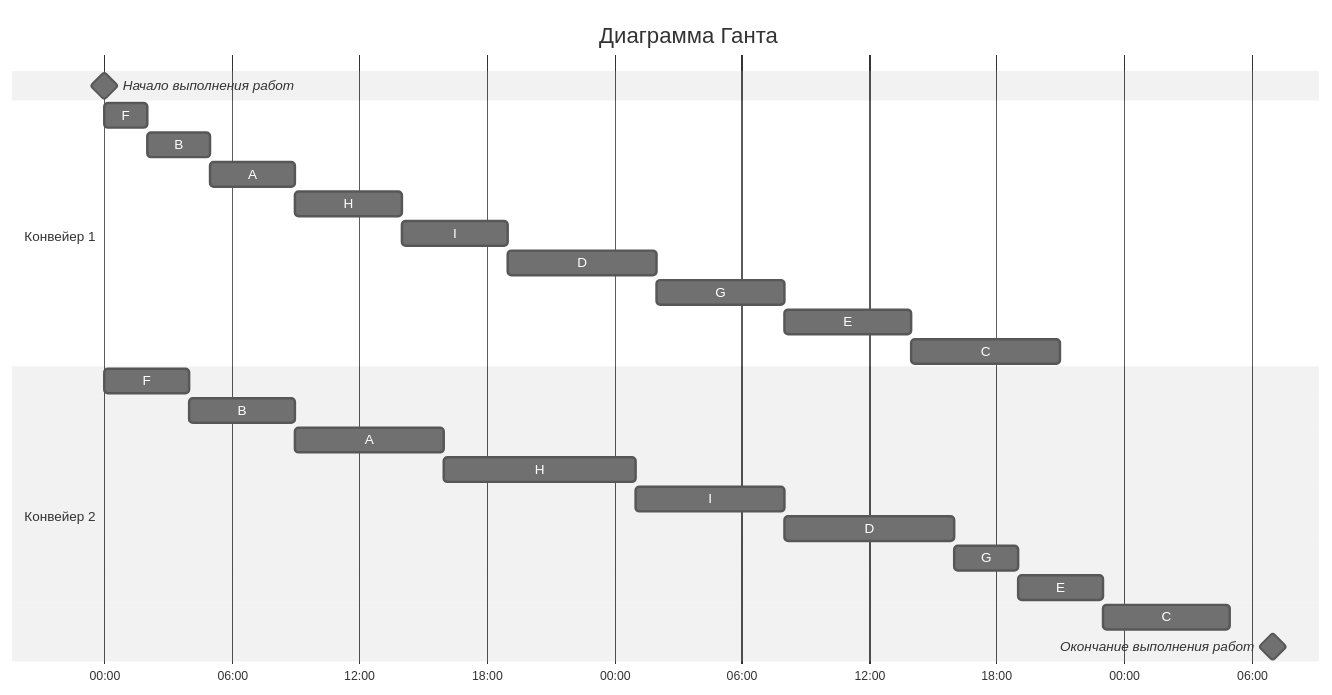
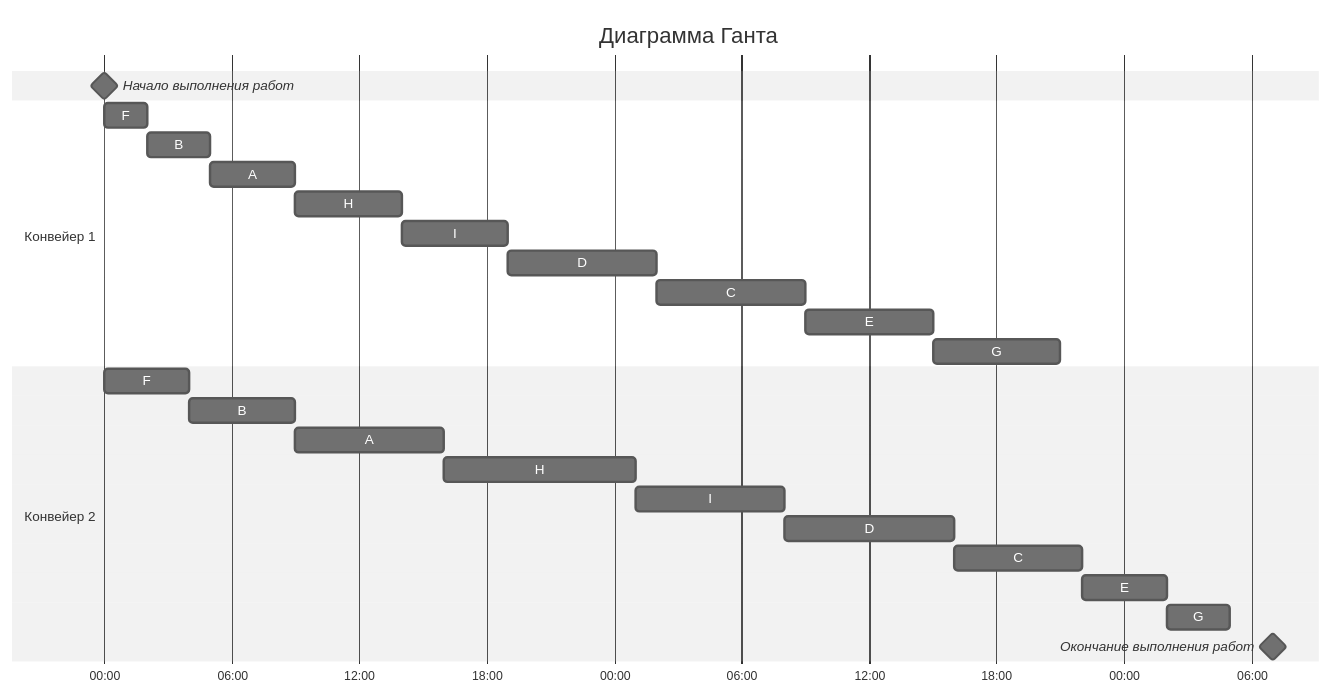
The second of 2 diagrams in task_8/kotyatki_task8.md (HSE-algo-23-owl/manual_tasks), drawn with Mermaid (neutral theme) before and after one commit. The commit also changed other lines of this file, not shown here.

Commit message:
Котятки сделали задание 8 вар 7

````diff
--- a/task_8/kotyatki_task8.md
+++ b/task_8/kotyatki_task8.md
@@ -151,28 +151,28 @@
 ```mermaid
 gantt
     title Диаграмма Ганта 
     dateFormat DD HH:mm    
     axisFormat %H:%M
     Начало выполнения работ : milestone, m1, 01 00:00, 0h
     section Конвейер 1
     F         :a1, 01 00:00, 2h
     B         :a2, after a1, 3h
     A         :a3, after a2, 4h
     H         :a4, after a3, 5h
     I         :a5, after a4, 5h
     D         :a6, after a5, 7h
-    G         :a7, after a6, 6h
+    C         :a7, after a6, 7h
     E         :a8, after a7, 6h
-    C         :a9, after a8, 7h
+    G         :a9, after a8, 6h
     section Конвейер 2
     F         :b1, 01 00:00, 4h
     B         :b2, after b1, 5h
     A         :b3, after b2, 7h
     H         :b4, after b3, 9h
     I         :b5, after b4, 7h
     D         :b6, after b5, 8h
-    G         :b7, after b6, 3h
+    C         :b7, after b6, 6h
     E         :b8, after b7, 4h
-    C         :b9, after b8, 6h
+    G         :b9, after b8, 3h
     Окончание выполнения работ : milestone, m2, 03 07:00, 0h
 ```
````
